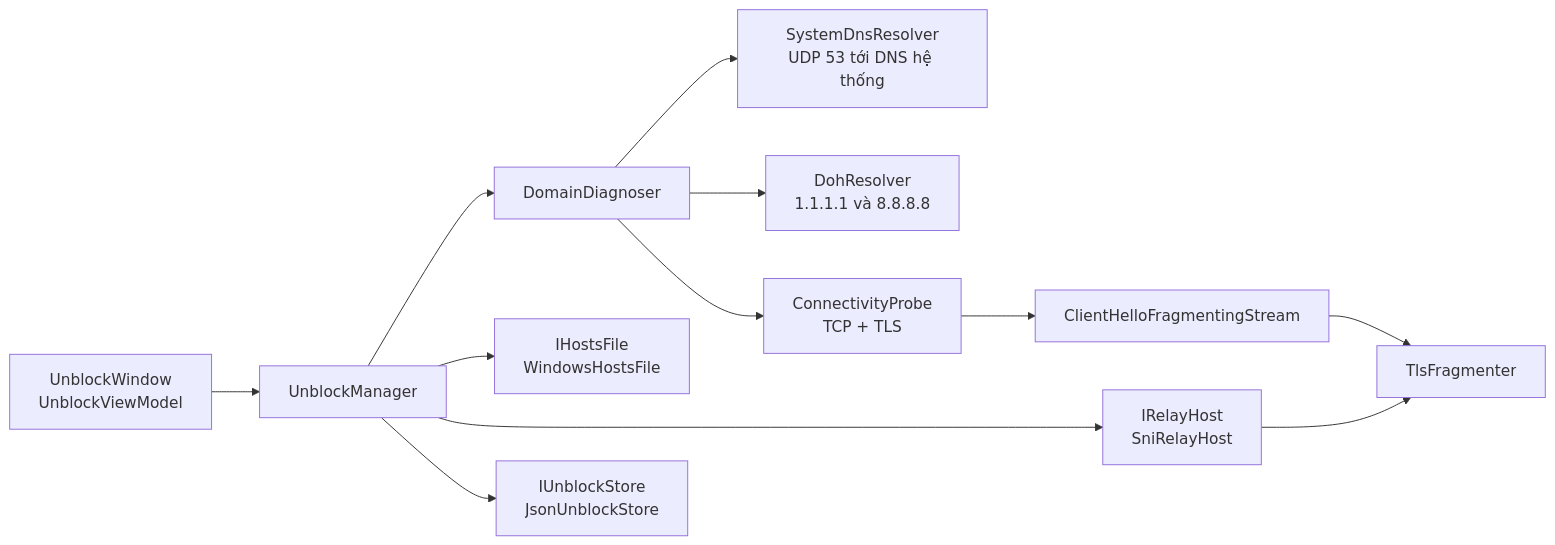
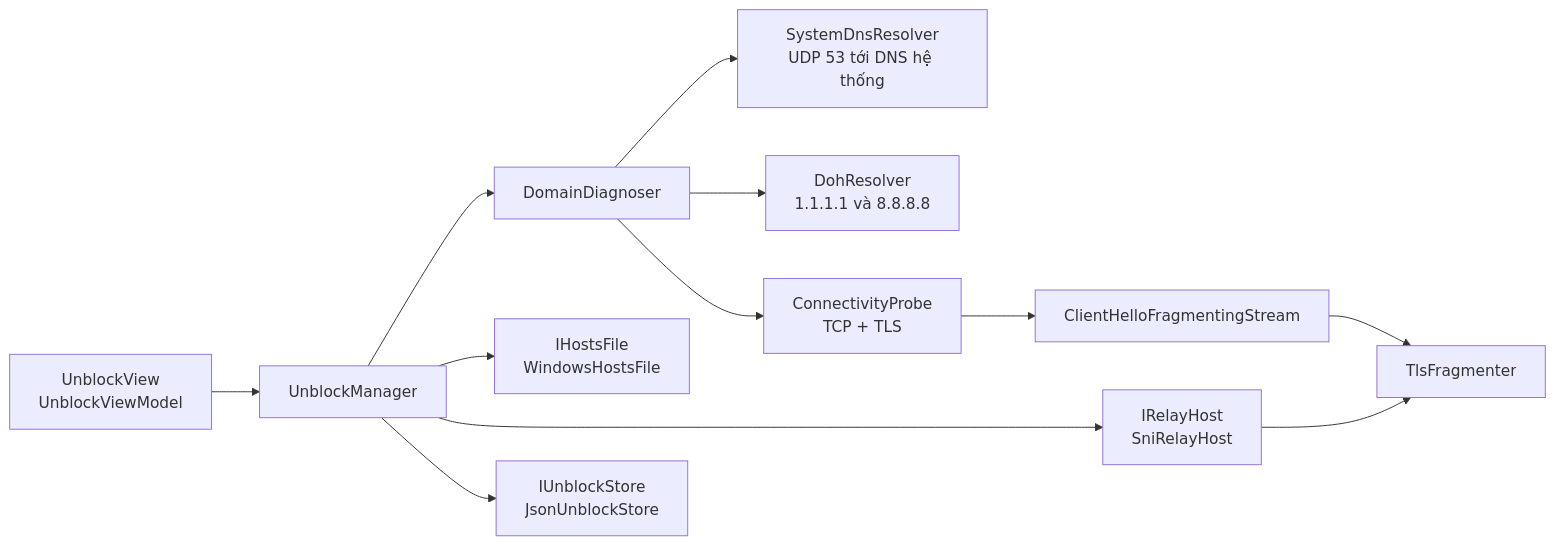
Before and after one commit to lippo999/LeaveMeAlone: the first of 3 diagrams in docs/domain-unblock.md, drawn with Mermaid. The commit also changed other lines of this file and 36 other files, not shown here.

````diff
--- a/docs/domain-unblock.md
+++ b/docs/domain-unblock.md
@@ -63,14 +63,14 @@
 ```mermaid
 flowchart LR
-    UI["UnblockWindow<br/>UnblockViewModel"] --> M["UnblockManager"]
+    UI["UnblockView<br/>UnblockViewModel"] --> M["UnblockManager"]
     M --> D["DomainDiagnoser"]
     M --> H["IHostsFile<br/>WindowsHostsFile"]
     M --> R["IRelayHost<br/>SniRelayHost"]
     M --> S["IUnblockStore<br/>JsonUnblockStore"]
     D --> SD["SystemDnsResolver<br/>UDP 53 tới DNS hệ thống"]
     D --> DOH["DohResolver<br/>1.1.1.1 và 8.8.8.8"]
     D --> P["ConnectivityProbe<br/>TCP + TLS"]
     P --> F["ClientHelloFragmentingStream"]
     R --> TF["TlsFragmenter"]
     F --> TF
 ```
````
